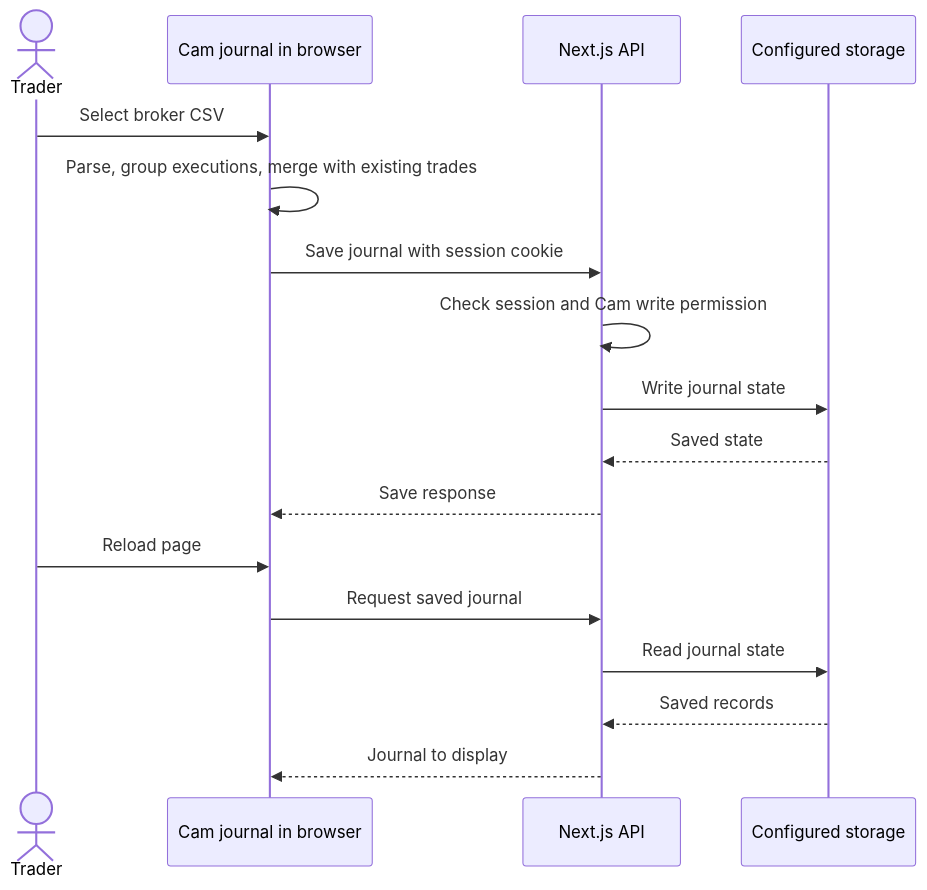
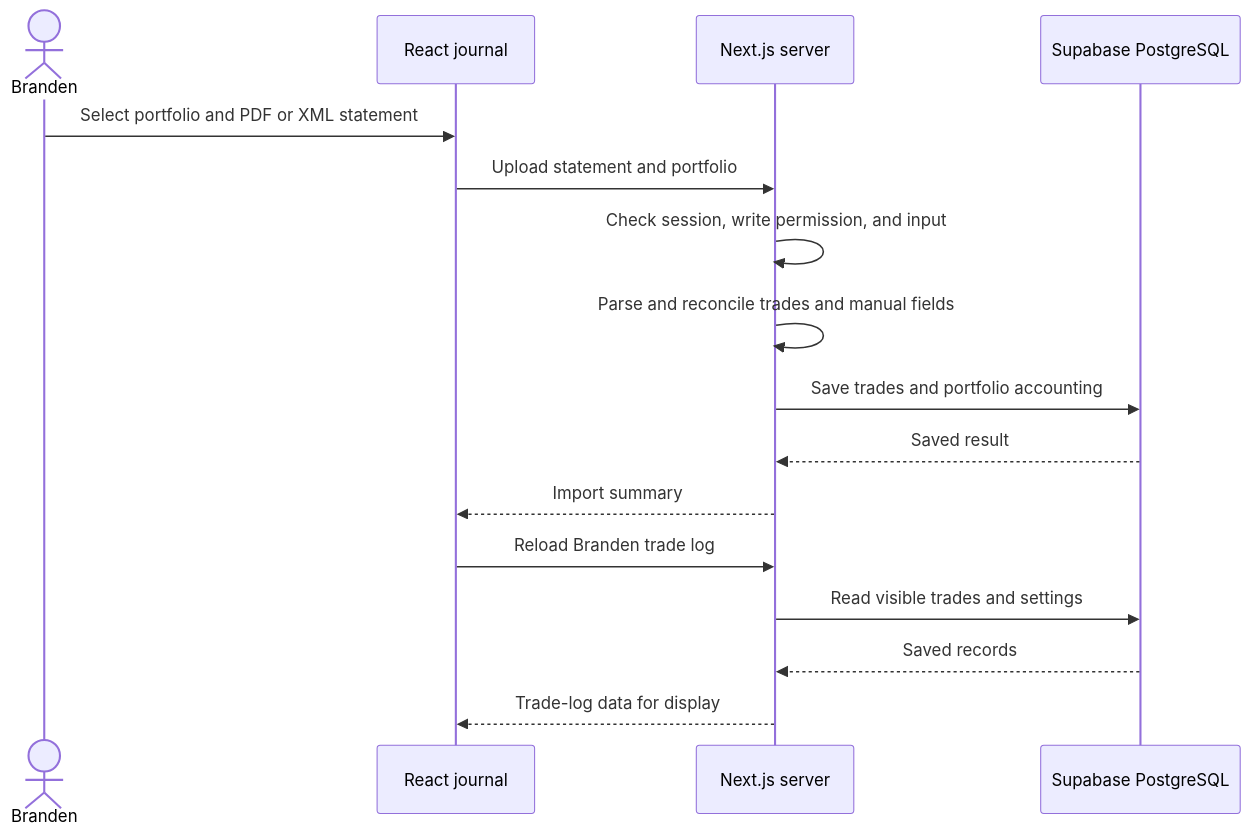
Before and after one commit to brandennevius/TradingDashboard: the first of 2 diagrams in monthly-trading-report/docs/guide/02-data-flow.md, drawn with Mermaid. The commit also changed other lines of this file and 5 other files, not shown here.

Commit message:
Document Supabase hosting and Branden journal data flow

````diff
--- a/monthly-trading-report/docs/guide/02-data-flow.md
+++ b/monthly-trading-report/docs/guide/02-data-flow.md
@@ -7,19 +11,18 @@
 ```mermaid
 sequenceDiagram
-    actor trader as Trader
-    participant browser as Cam journal in browser
-    participant api as Next.js API
-    participant storage as Configured storage
-    trader->>browser: Select broker CSV
-    browser->>browser: Parse, group executions, merge with existing trades
-    browser->>api: Save journal with session cookie
-    api->>api: Check session and Cam write permission
-    api->>storage: Write journal state
-    storage-->>api: Saved state
-    api-->>browser: Save response
-    trader->>browser: Reload page
-    browser->>api: Request saved journal
-    api->>storage: Read journal state
+    actor trader as Branden
+    participant browser as React journal
+    participant api as Next.js server
+    participant storage as Supabase PostgreSQL
+    trader->>browser: Select portfolio and PDF or XML statement
+    browser->>api: Upload statement and portfolio
+    api->>api: Check session, write permission, and input
+    api->>api: Parse and reconcile trades and manual fields
+    api->>storage: Save trades and portfolio accounting
+    storage-->>api: Saved result
+    api-->>browser: Import summary
+    browser->>api: Reload Branden trade log
+    api->>storage: Read visible trades and settings
     storage-->>api: Saved records
-    api-->>browser: Journal to display
+    api-->>browser: Trade-log data for display
 ```
````
